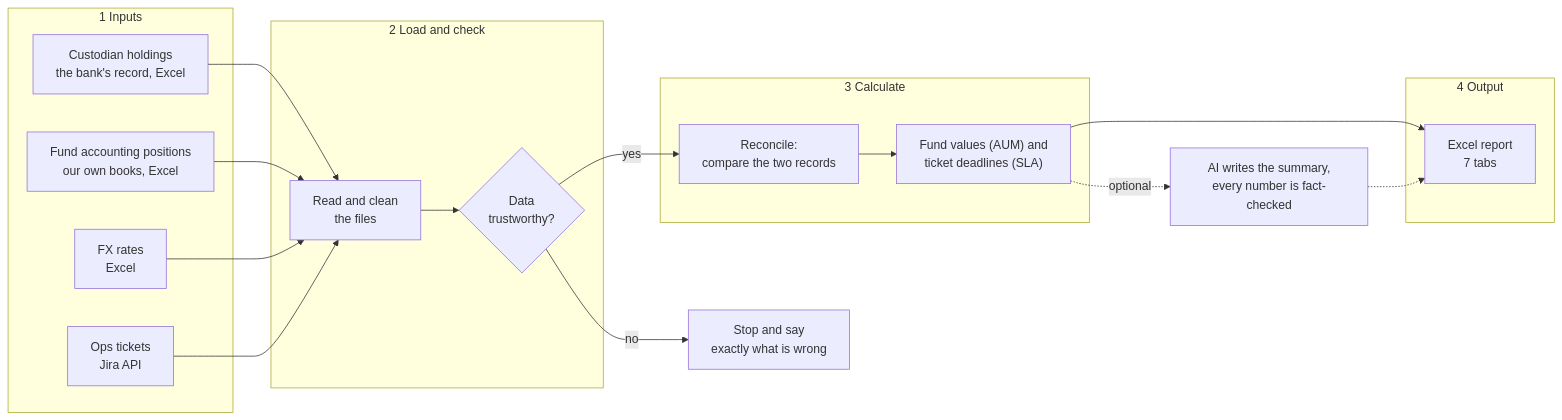
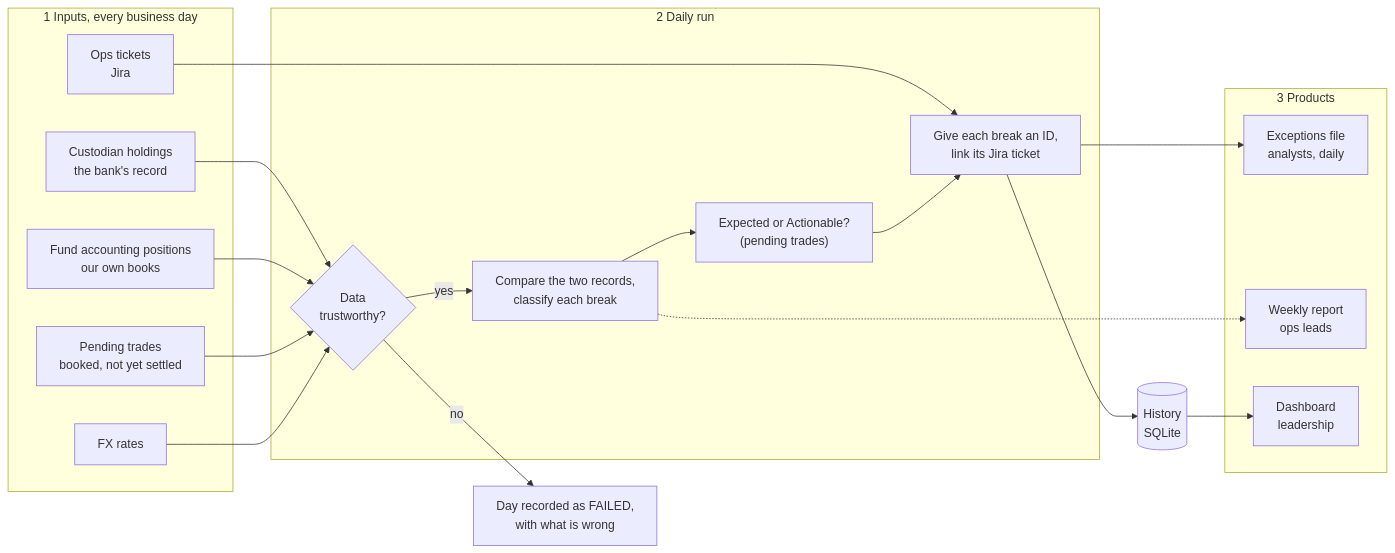
One commit to reddyakilesh22-glitch/portfolio-ops-reporting changed the diagram in README.md. Above: the diagram before and after it, drawn with Mermaid. The commit also changed other lines of this file and 5 other files, not shown here.

First line of the commit message:
Docs for daily runs, history store and dashboard (fixes #24) (#28)

````diff
--- a/README.md
+++ b/README.md
@@ -43,35 +63,36 @@
 ```mermaid
 flowchart LR
-    subgraph IN["1 Inputs"]
-        C["Custodian holdings<br/>the bank's record, Excel"]
-        A["Fund accounting positions<br/>our own books, Excel"]
-        F["FX rates<br/>Excel"]
-        J["Ops tickets<br/>Jira API"]
+    subgraph IN["1 Inputs, every business day"]
+        C["Custodian holdings<br/>the bank's record"]
+        A["Fund accounting positions<br/>our own books"]
+        P["Pending trades<br/>booked, not yet settled"]
+        F["FX rates"]
+        J["Ops tickets<br/>Jira"]
     end
 
-    subgraph CHECK["2 Load and check"]
-        L["Read and clean<br/>the files"]
+    subgraph RUN["2 Daily run"]
         V{"Data<br/>trustworthy?"}
+        R["Compare the two records,<br/>classify each break"]
+        E["Expected or Actionable?<br/>(pending trades)"]
+        T["Give each break an ID,<br/>link its Jira ticket"]
     end
 
-    subgraph CALC["3 Calculate"]
-        R["Reconcile:<br/>compare the two records"]
-        M["Fund values (AUM) and<br/>ticket deadlines (SLA)"]
+    H[("History<br/>SQLite")]
+
+    subgraph OUT["3 Products"]
+        X1["Exceptions file<br/>analysts, daily"]
+        X2["Weekly report<br/>ops leads"]
+        D["Dashboard<br/>leadership"]
     end
 
-    subgraph OUT["4 Output"]
-        X["Excel report<br/>7 tabs"]
-    end
-
-    C --> L
-    A --> L
-    F --> L
-    J --> L
-    L --> V
-    V -->|"no"| S["Stop and say<br/>exactly what is wrong"]
-    V -->|"yes"| R
-    R --> M
-    M --> X
-    M -.->|"optional"| AI["AI writes the summary,<br/>every number is fact-checked"]
-    AI -.-> X
+    C --> V
+    A --> V
+    P --> V
+    F --> V
+    J --> T
+    V -->|"no"| S["Day recorded as FAILED,<br/>with what is wrong"]
+    V -->|"yes"| R --> E --> T --> H
+    T --> X1
+    H --> D
+    R -.-> X2
 ```
````
